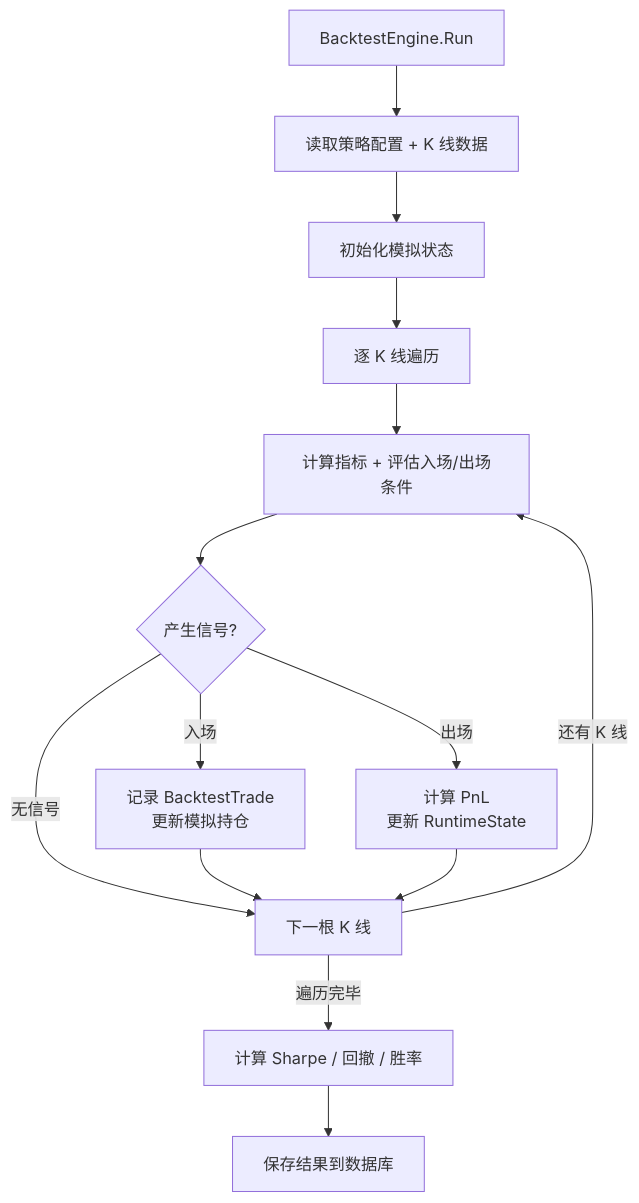
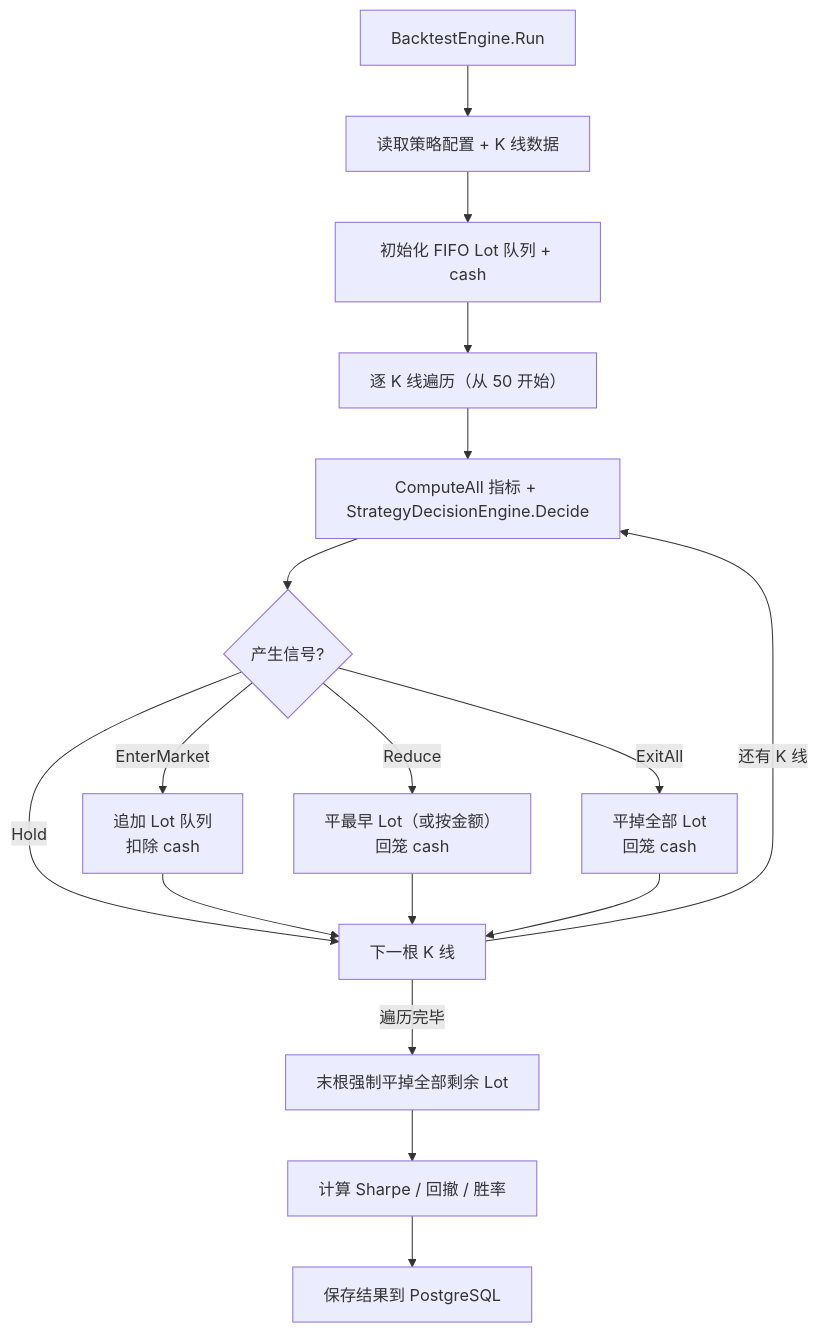
The sixth of 7 diagrams in docs/策略引擎工作流程.md (bambuo/TradeX), drawn with Mermaid before and after one commit. The commit also changed other lines of this file and 5 other files, not shown here.

````diff
--- a/docs/策略引擎工作流程.md
+++ b/docs/策略引擎工作流程.md
@@ -333,16 +319,19 @@
 ```mermaid
 flowchart TD
     BT["BacktestEngine.Run"] --> LOAD["读取策略配置 + K 线数据"]
-    LOAD --> INIT["初始化模拟状态"]
-    INIT --> LOOP["逐 K 线遍历"]
-    LOOP --> EVAL["计算指标 + 评估入场/出场条件"]
+    LOAD --> INIT["初始化 FIFO Lot 队列 + cash"]
+    INIT --> LOOP["逐 K 线遍历（从 50 开始）"]
+    LOOP --> EVAL["ComputeAll 指标 + StrategyDecisionEngine.Decide"]
     EVAL --> SIGNAL{"产生信号?"}
-    SIGNAL -->|入场| ENTER["记录 BacktestTrade<br/>更新模拟持仓"]
-    SIGNAL -->|出场| EXIT["计算 PnL<br/>更新 RuntimeState"]
-    SIGNAL -->|无信号| NEXT["下一根 K 线"]
+    SIGNAL -->|EnterMarket| ENTER["追加 Lot 队列<br/>扣除 cash"]
+    SIGNAL -->|Reduce| EXIT["平最早 Lot（或按金额）<br/>回笼 cash"]
+    SIGNAL -->|ExitAll| EXIT_ALL["平掉全部 Lot<br/>回笼 cash"]
+    SIGNAL -->|Hold| NEXT["下一根 K 线"]
     ENTER --> NEXT
     EXIT --> NEXT
+    EXIT_ALL --> NEXT
     NEXT -->|还有 K 线| EVAL
-    NEXT -->|遍历完毕| METRICS["计算 Sharpe / 回撤 / 胜率"]
-    METRICS --> SAVE["保存结果到数据库"]
+    NEXT -->|遍历完毕| FORCE["末根强制平掉全部剩余 Lot"]
+    FORCE --> METRICS["计算 Sharpe / 回撤 / 胜率"]
+    METRICS --> SAVE["保存结果到 PostgreSQL"]
 ```
````
